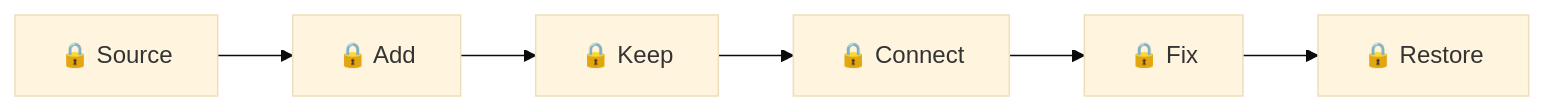
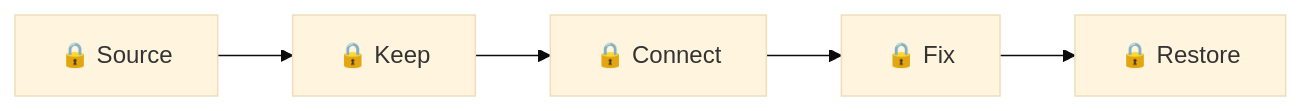
The third of 5 diagrams in maps/README.md (Colorado-Startups/claudius), drawn with Mermaid (base theme) before and after one commit. The commit also changed other lines of this file and 13 other files, not shown here.

````diff
--- a/maps/README.md
+++ b/maps/README.md
@@ -41,4 +41,4 @@
 ```mermaid
 flowchart LR
-  source["🔒 Source"] --> add["🔒 Add"] --> keep["🔒 Keep"] --> connect["🔒 Connect"] --> fix["🔒 Fix"] --> stale["🔒 Restore"]
+  source["🔒 Source"] --> keep["🔒 Keep"] --> connect["🔒 Connect"] --> fix["🔒 Fix"] --> stale["🔒 Restore"]
 ```
````
